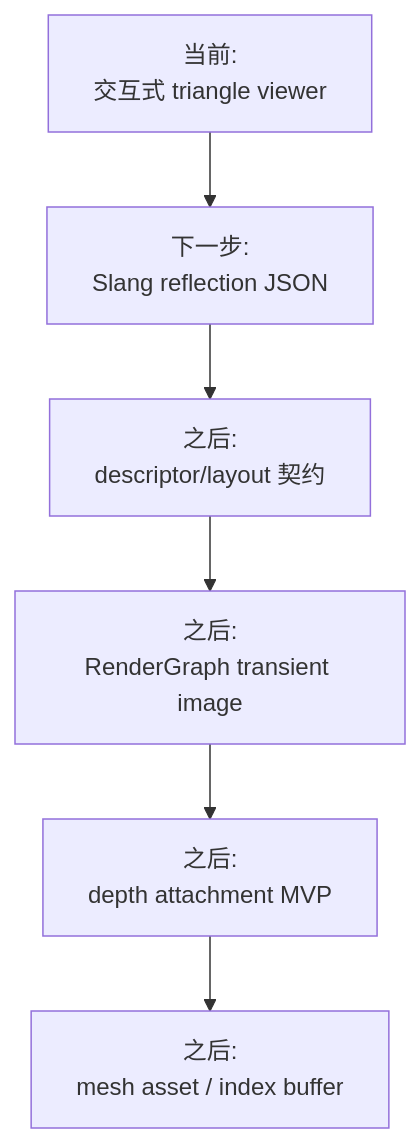
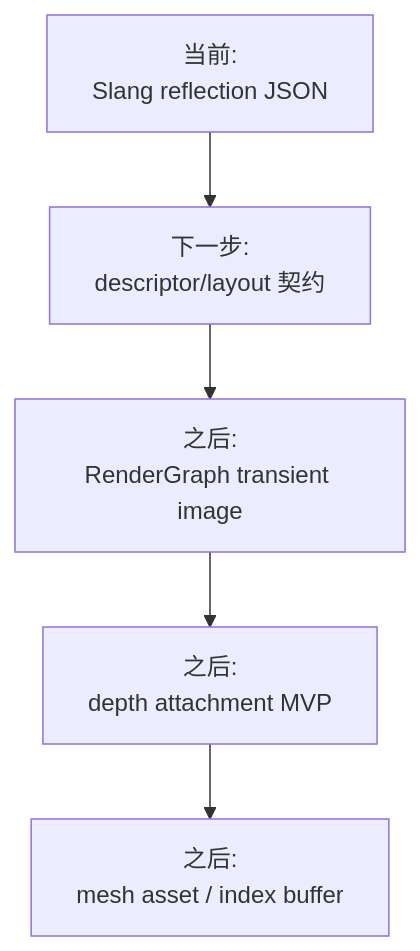
Before and after one commit to 66six11/Engine: the ninth of 9 diagrams in docs/flow-architecture.md, drawn with Mermaid. The commit also changed other lines of this file and 5 other files, not shown here.

Commit message:
feat: add slang reflection outputs

````diff
--- a/docs/flow-architecture.md
+++ b/docs/flow-architecture.md
@@ -266,11 +266,10 @@
 ```mermaid
 flowchart TD
-    Now["当前:<br/>交互式 triangle viewer"]
-    Step1["下一步:<br/>Slang reflection JSON"]
-    Step2["之后:<br/>descriptor/layout 契约"]
-    Step3["之后:<br/>RenderGraph transient image"]
-    Step4["之后:<br/>depth attachment MVP"]
-    Step5["之后:<br/>mesh asset / index buffer"]
+    Now["当前:<br/>Slang reflection JSON"]
+    Step1["下一步:<br/>descriptor/layout 契约"]
+    Step2["之后:<br/>RenderGraph transient image"]
+    Step3["之后:<br/>depth attachment MVP"]
+    Step4["之后:<br/>mesh asset / index buffer"]
 
-    Now --> Step1 --> Step2 --> Step3 --> Step4 --> Step5
+    Now --> Step1 --> Step2 --> Step3 --> Step4
 ```
````
